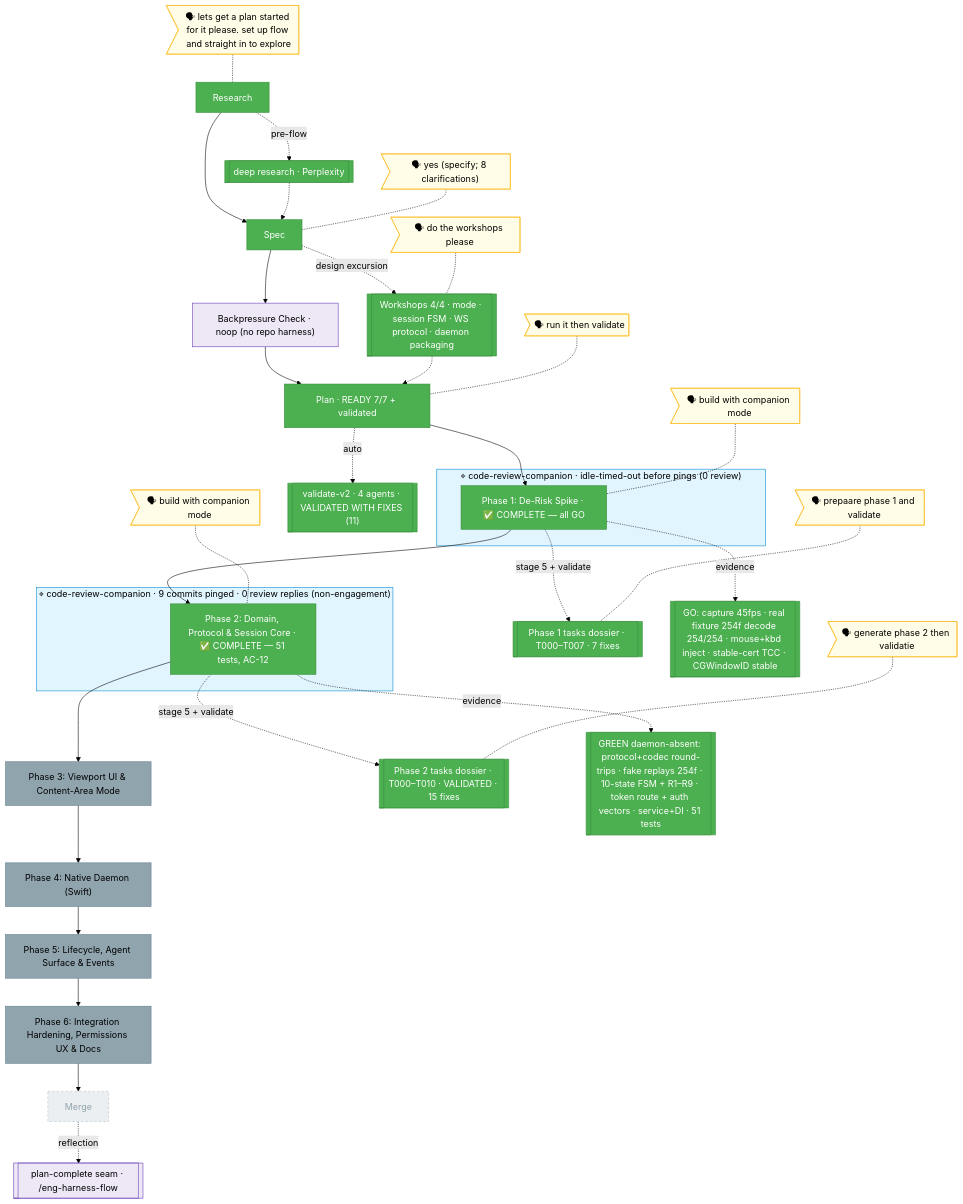
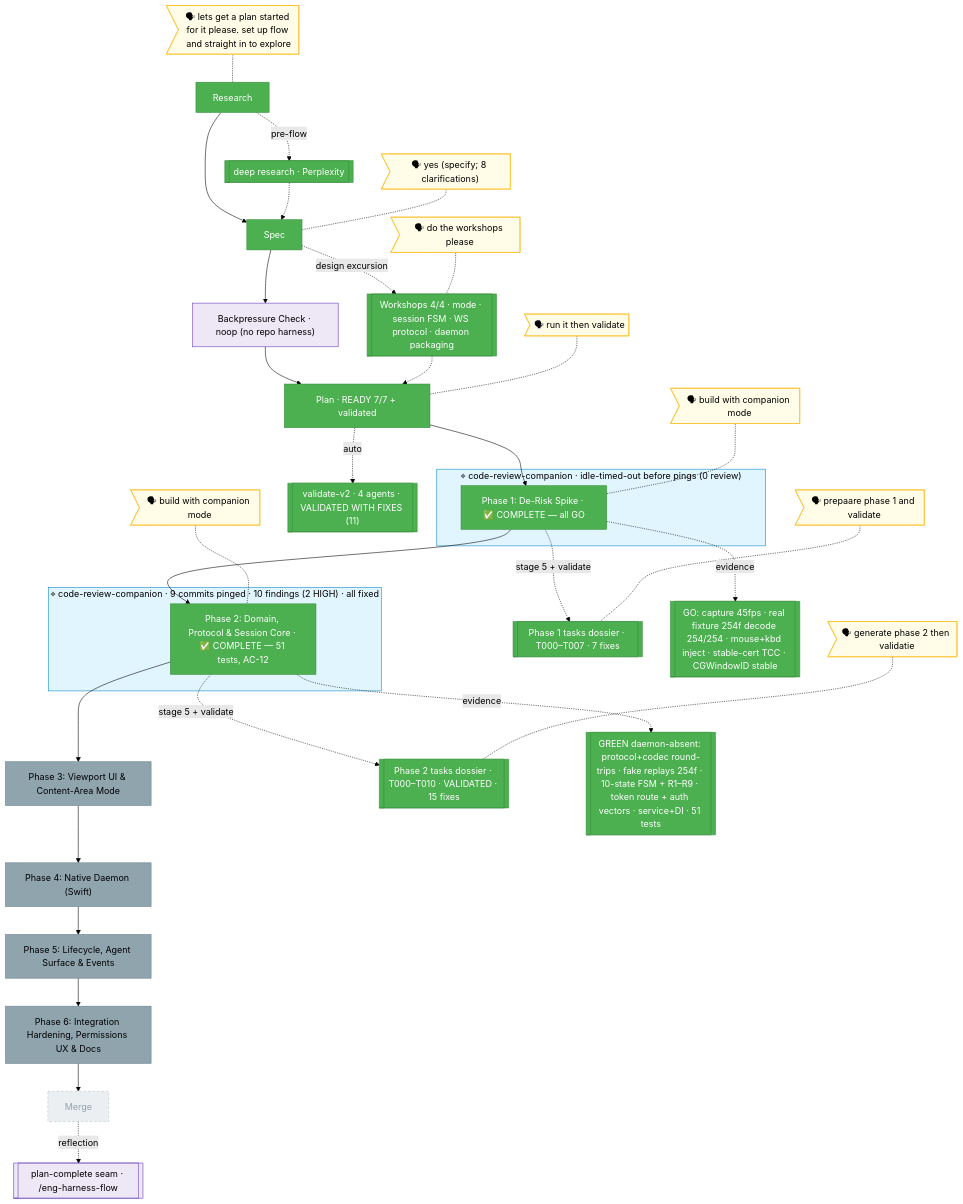
The diagram in docs/plans/088-remote-app-view/the-flow.md (AI-Substrate/chainglass), drawn with Mermaid (forest theme) before and after one commit. The commit also changed other lines of this file and 14 other files, not shown here.

First line of the commit message:
fix(remote-view): land code-review-companion findings (2 HIGH) + correct flight-plan records — Plan 088 Phase 2

````diff
--- a/docs/plans/088-remote-app-view/the-flow.md
+++ b/docs/plans/088-remote-app-view/the-flow.md
@@ -7,55 +7,55 @@
 ```mermaid
 flowchart TD
     classDef done    fill:#4CAF50,stroke:#388E3C,color:#fff
     classDef wip     fill:#FF9800,stroke:#F57C00,color:#000
     classDef blocked fill:#F44336,stroke:#D32F2F,color:#fff
     classDef known   fill:#90A4AE,stroke:#607D8B,color:#000
     classDef assumed fill:#ECEFF1,stroke:#B0BEC5,color:#90A4AE,stroke-dasharray:4 4
     classDef said    fill:#FFFDE7,stroke:#FBC02D,color:#000
     classDef harness fill:#EDE7F6,stroke:#673AB7,color:#000
     classDef companion fill:#E1F5FE,stroke:#0288D1,color:#000
 
     %% ── spine ──
     R[Research]:::done --> S[Spec]:::done --> BP["Backpressure Check · noop (no repo harness)"]:::harness --> PL["Plan · READY 7/7 + validated"]:::done
     PL --> P1["Phase 1: De-Risk Spike · ✅ COMPLETE — all GO"]:::done --> P2["Phase 2: Domain, Protocol & Session Core · ✅ COMPLETE — 51 tests, AC-12"]:::done --> P3["Phase 3: Viewport UI & Content-Area Mode"]:::known --> P4["Phase 4: Native Daemon (Swift)"]:::known --> P5["Phase 5: Lifecycle, Agent Surface & Events"]:::known --> P6["Phase 6: Integration Hardening, Permissions UX & Docs"]:::known --> M[Merge]:::assumed
 
     %% ── companions (each wrapped the phase it was meant to review) ──
     subgraph CW["⌖ code-review-companion · idle-timed-out before pings (0 review)"]
         P1
     end
     class CW companion
-    subgraph CW2["⌖ code-review-companion · 9 commits pinged · 0 review replies (non-engagement)"]
+    subgraph CW2["⌖ code-review-companion · 9 commits pinged · 10 findings (2 HIGH) · all fixed"]
         P2
     end
     class CW2 companion
 
     %% ── excursions ──
     R -.->|pre-flow| DR[["deep research · Perplexity"]]:::done
     DR -.-> S
     S -.->|design excursion| WS[["Workshops 4/4 · mode · session FSM · WS protocol · daemon packaging"]]:::done
     WS -.-> PL
     PL -.->|auto| V[["validate-v2 · 4 agents · VALIDATED WITH FIXES (11)"]]:::done
     P1 -.->|stage 5 + validate| T1[["Phase 1 tasks dossier · T000–T007 · 7 fixes"]]:::done
     P1 -.->|evidence| EV[["GO: capture 45fps · real fixture 254f decode 254/254 · mouse+kbd inject · stable-cert TCC · CGWindowID stable"]]:::done
     P2 -.->|stage 5 + validate| T2[["Phase 2 tasks dossier · T000–T010 · VALIDATED · 15 fixes"]]:::done
     P2 -.->|evidence| EV2[["GREEN daemon-absent: protocol+codec round-trips · fake replays 254f · 10-state FSM + R1–R9 · token route + auth vectors · service+DI · 51 tests"]]:::done
     M -.->|reflection| HH[["plan-complete seam · /eng-harness-flow"]]:::harness
 
     %% ── verbatim user-said bubbles ──
     UR>"🗣 lets get a plan started for it please. set up flow and straight in to explore"]:::said
     UR -.- R
     US>"🗣 yes (specify; 8 clarifications)"]:::said
     US -.- S
     UW>"🗣 do the workshops please"]:::said
     UW -.- WS
     UP>"🗣 run it then validate"]:::said
     UP -.- PL
     UT>"🗣 prepaare phase 1 and validate"]:::said
     UT -.- T1
     UB>"🗣 build with companion mode"]:::said
     UB -.- P1
     UG>"🗣 generate phase 2 then validatie"]:::said
     UG -.- T2
     UB2>"🗣 build with companion mode"]:::said
     UB2 -.- P2
 ```
````
